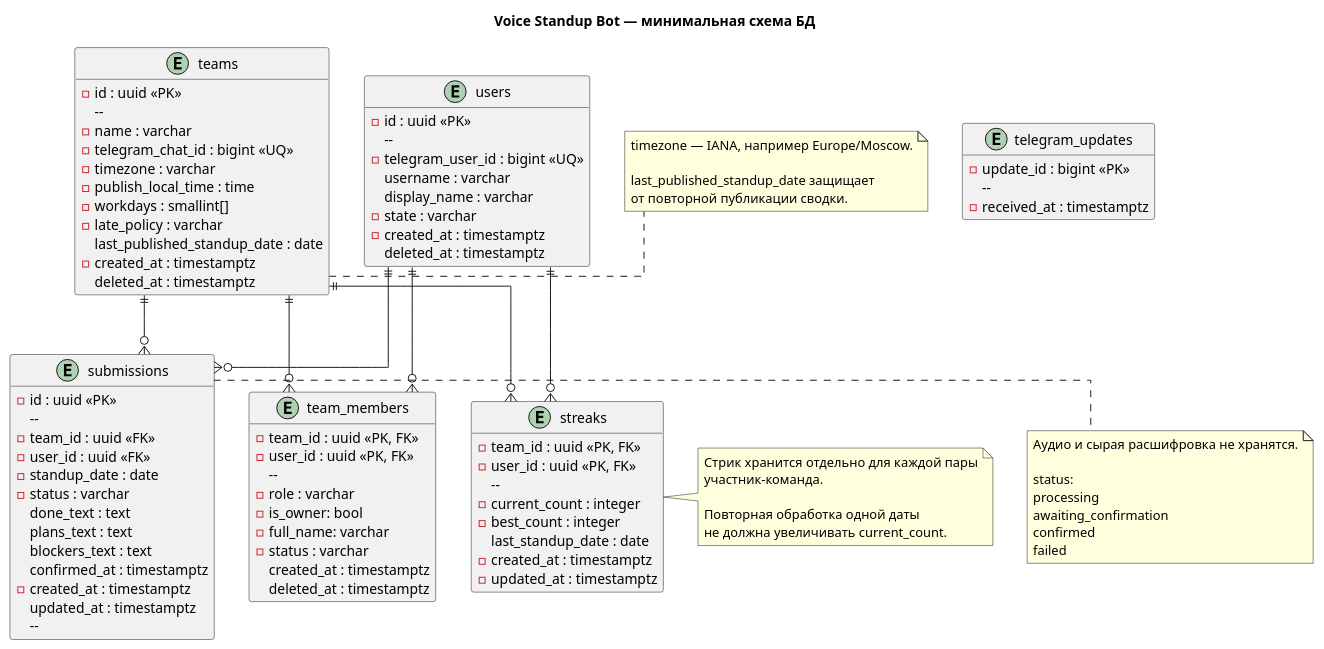
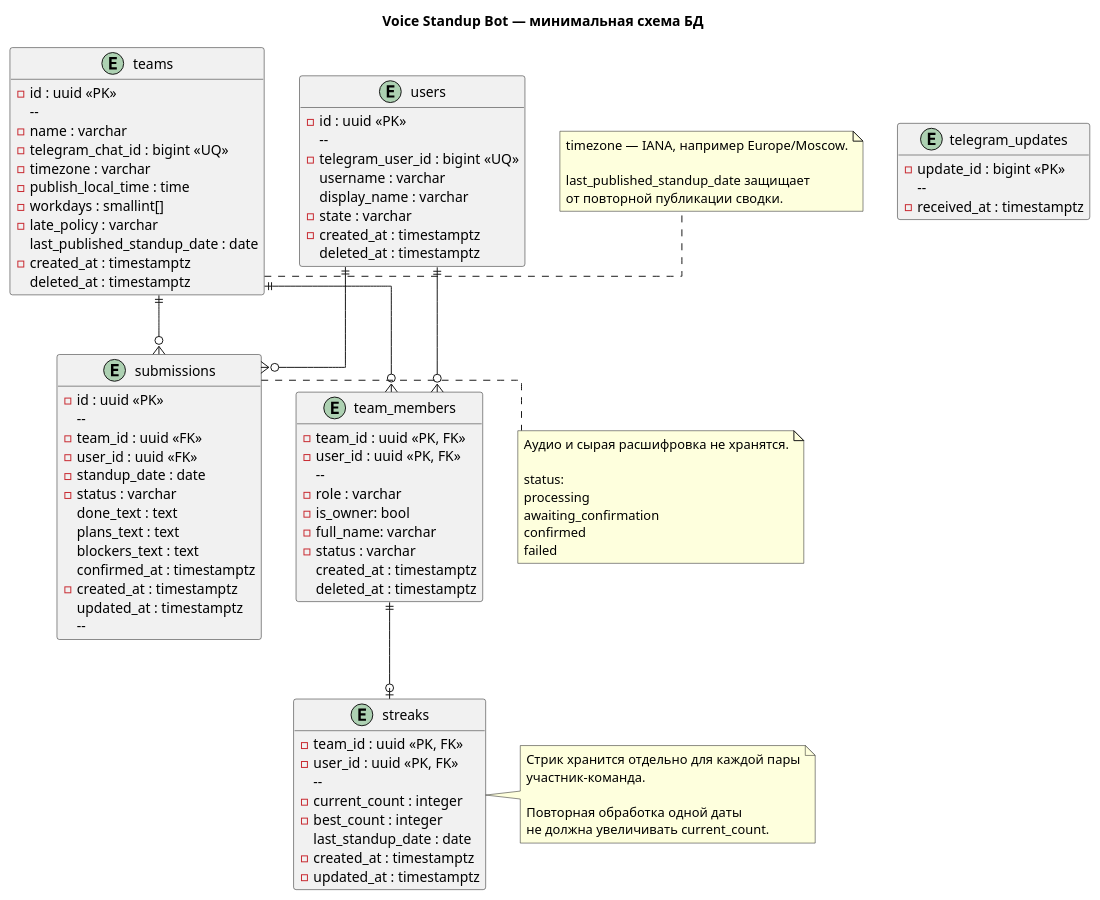
The diagram in docs/database-schema.puml (Newo123/VoiceStandup.ai), drawn with PlantUML before and after one commit. The commit also changed 3 other files, not shown here.

```diff
--- a/docs/database-schema.puml
+++ b/docs/database-schema.puml
@@ -1,111 +1,110 @@
 @startuml
 title Voice Standup Bot — минимальная схема БД
 
 hide methods
 hide stereotypes
 skinparam linetype ortho
 
 entity users {
 - id : uuid <<PK>>
   --
 - telegram_user_id : bigint <<UQ>>
   username : varchar
   display_name : varchar
 - state : varchar
 - created_at : timestamptz
   deleted_at : timestamptz
 }
 
 entity teams {
 - id : uuid <<PK>>
   --
 - name : varchar
 - telegram_chat_id : bigint <<UQ>>
 - timezone : varchar
 - publish_local_time : time
 - workdays : smallint[]
 - late_policy : varchar
   last_published_standup_date : date
 - created_at : timestamptz
   deleted_at : timestamptz
 }
 
 entity team_members {
 - team_id : uuid <<PK, FK>>
 - user_id : uuid <<PK, FK>>
   --
 - role : varchar
 - is_owner: bool
 - full_name: varchar
 - status : varchar
   created_at : timestamptz
   deleted_at : timestamptz
 }
 
 entity telegram_updates {
 - update_id : bigint <<PK>>
   --
 - received_at : timestamptz
 }
 
 entity submissions {
 - id : uuid <<PK>>
   --
 - team_id : uuid <<FK>>
 - user_id : uuid <<FK>>
 - standup_date : date
 - status : varchar
   done_text : text
   plans_text : text
   blockers_text : text
   confirmed_at : timestamptz
 - created_at : timestamptz
   updated_at : timestamptz
   --
   UQ(team_id, user_id, standup_date)
 }
 
 entity streaks {
 - team_id : uuid <<PK, FK>>
 - user_id : uuid <<PK, FK>>
   --
 - current_count : integer
 - best_count : integer
   last_standup_date : date
 - created_at : timestamptz
 - updated_at : timestamptz
 }
 
 users ||--o{ team_members
 teams ||--o{ team_members
 users ||--o{ submissions
 teams ||--o{ submissions
-users ||--o{ streaks
-teams ||--o{ streaks
+team_members ||--o| streaks
 
 note right of teams
   timezone — IANA, например Europe/Moscow.
 
   last_published_standup_date защищает
   от повторной публикации сводки.
 end note
 
 note right of submissions
   Аудио и сырая расшифровка не хранятся.
 
   status:
   processing
   awaiting_confirmation
   confirmed
   failed
 end note
 
 note right of streaks
   Стрик хранится отдельно для каждой пары
   участник-команда.
 
   Повторная обработка одной даты
   не должна увеличивать current_count.
 end note
 
 @enduml
```
